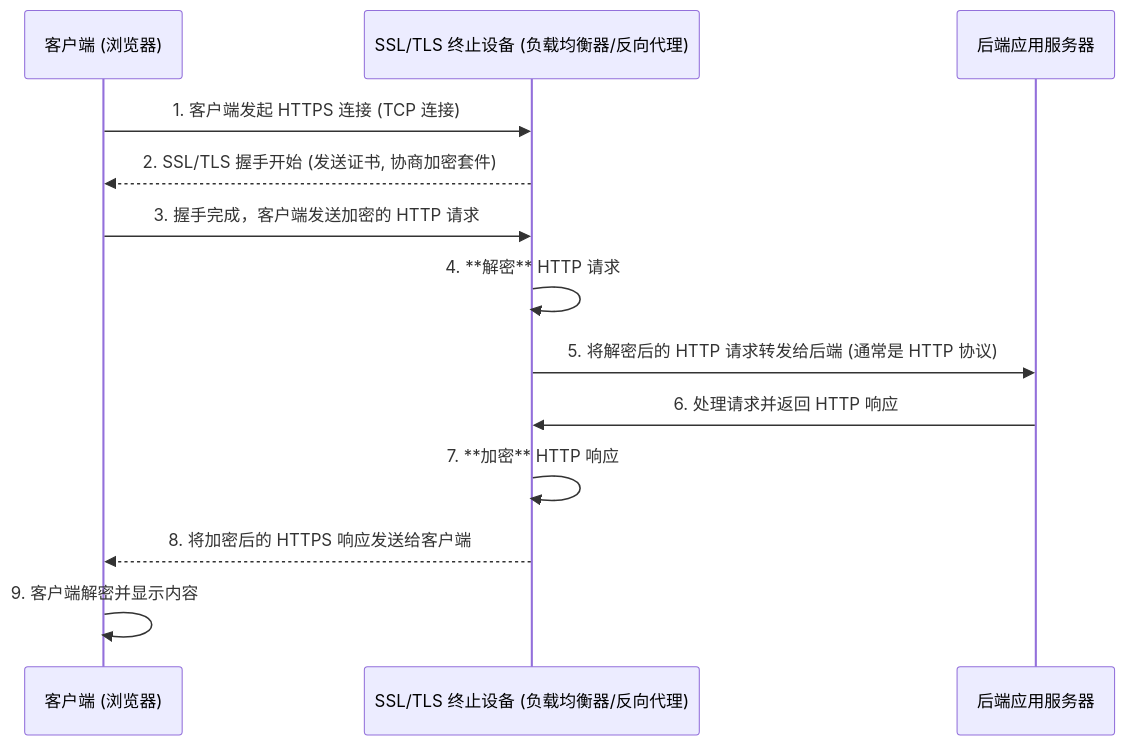
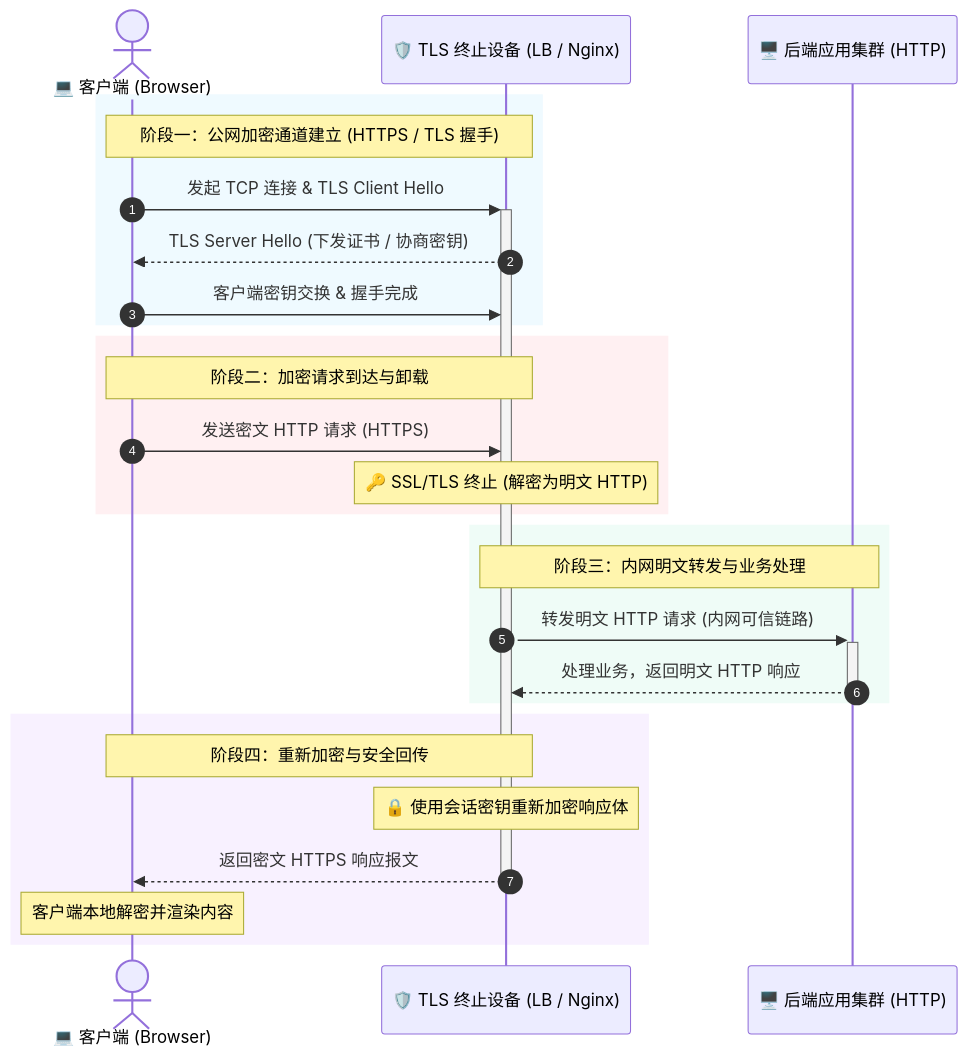
Before and after one commit to teatang/t-blog: the diagram in source/_posts/2025/2025-12-01_SSL TLS 终止详解 (SSL TLS Termination Explained).md, drawn with Mermaid. The commit also changed 7 other files, not shown here.

```diff
--- a/source/_posts/2025/2025-12-01_SSL TLS 终止详解 (SSL TLS Termination Explained).md
+++ b/source/_posts/2025/2025-12-01_SSL TLS 终止详解 (SSL TLS Termination Explained).md
@@ -47,16 +47,33 @@
 {% mermaid %}
 sequenceDiagram
-    participant Client as 客户端 (浏览器)
-    participant Terminator as SSL/TLS 终止设备 (负载均衡器/反向代理)
-    participant Backend as 后端应用服务器
+    autonumber
+    actor Client as 💻 客户端 (Browser)
+    participant Terminator as 🛡️ TLS 终止设备 (LB / Nginx)
+    participant Backend as 🖥️ 后端应用集群 (HTTP)
 
-    Client->>Terminator: 1. 客户端发起 HTTPS 连接 (TCP 连接)
-    Terminator-->>Client: 2. SSL/TLS 握手开始 (发送证书, 协商加密套件)
-    Client->>Terminator: 3. 握手完成，客户端发送加密的 HTTP 请求
-    Terminator->>Terminator: 4. **解密** HTTP 请求
-    Terminator->>Backend: 5. 将解密后的 HTTP 请求转发给后端 (通常是 HTTP 协议)
-    Backend->>Terminator: 6. 处理请求并返回 HTTP 响应
-    Terminator->>Terminator: 7. **加密** HTTP 响应
-    Terminator-->>Client: 8. 将加密后的 HTTPS 响应发送给客户端
-    Client->>Client: 9. 客户端解密并显示内容
+    rect rgba(56, 189, 248, 0.08)
+        Note over Client,Terminator: 阶段一：公网加密通道建立 (HTTPS / TLS 握手)
+        Client->>+Terminator: 发起 TCP 连接 & TLS Client Hello
+        Terminator-->>Client: TLS Server Hello (下发证书 / 协商密钥)
+        Client->>Terminator: 客户端密钥交换 & 握手完成
+    end
+
+    rect rgba(244, 63, 94, 0.08)
+        Note over Client,Terminator: 阶段二：加密请求到达与卸载
+        Client->>Terminator: 发送密文 HTTP 请求 (HTTPS)
+        Note over Terminator: 🔑 SSL/TLS 终止 (解密为明文 HTTP)
+    end
+
+    rect rgba(52, 211, 153, 0.08)
+        Note over Terminator,Backend: 阶段三：内网明文转发与业务处理
+        Terminator->>+Backend: 转发明文 HTTP 请求 (内网可信链路)
+        Backend-->>-Terminator: 处理业务，返回明文 HTTP 响应
+    end
+
+    rect rgba(168, 85, 247, 0.08)
+        Note over Client,Terminator: 阶段四：重新加密与安全回传
+        Note over Terminator: 🔒 使用会话密钥重新加密响应体
+        Terminator-->>-Client: 返回密文 HTTPS 响应报文
+        Note over Client: 客户端本地解密并渲染内容
+    end
 {% endmermaid %}
```
